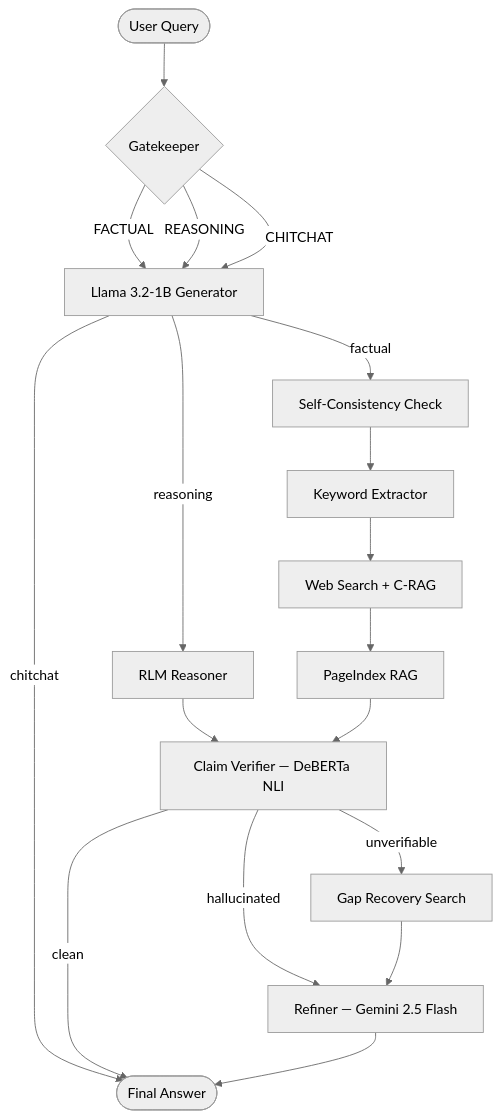
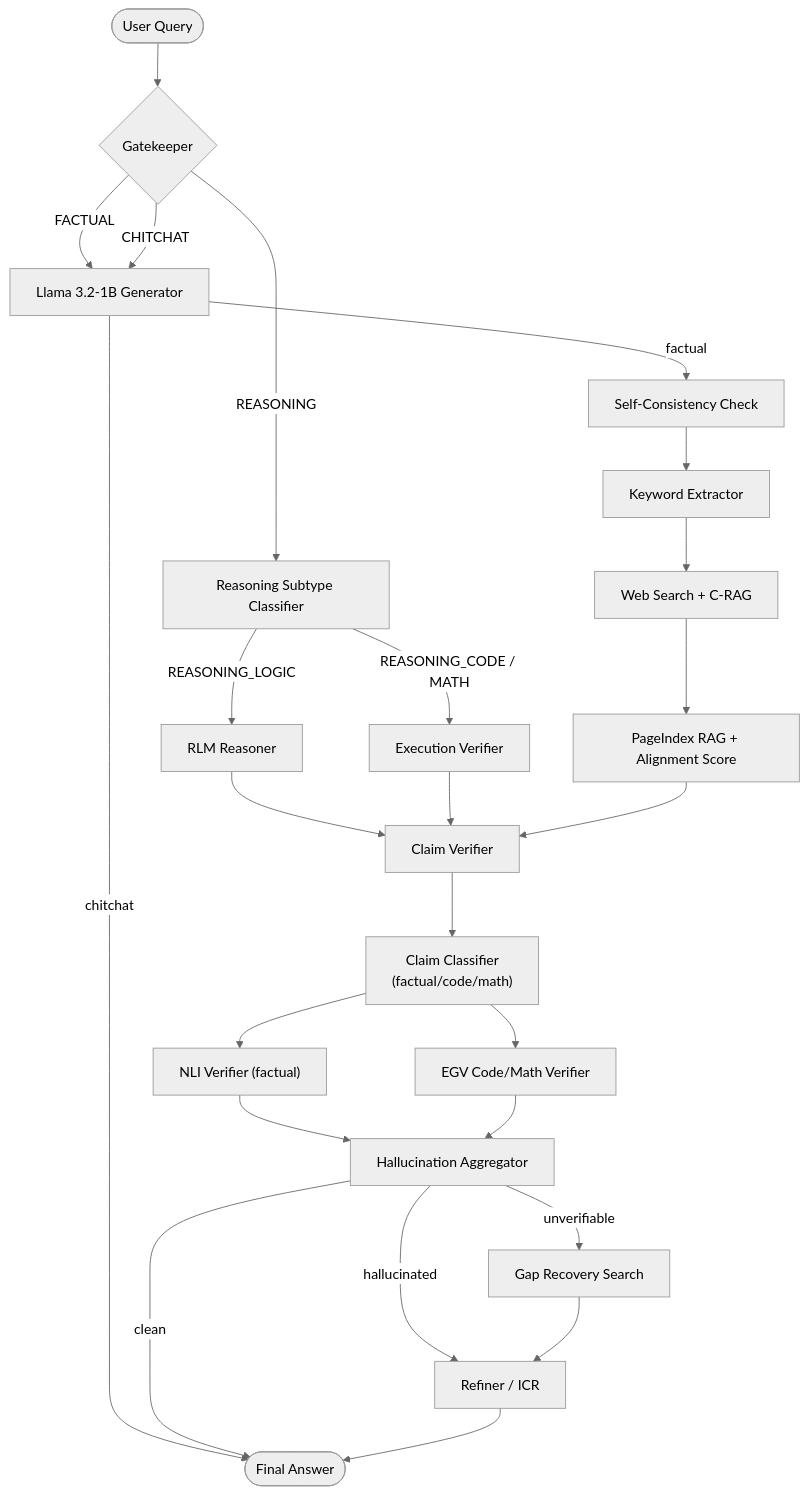
The diagram in README.md (Suhas-123-cell/Hallu-Check), drawn with Mermaid (neutral theme) before and after one commit. The commit also changed other lines of this file, not shown here.

````diff
--- a/README.md
+++ b/README.md
@@ -41,26 +41,34 @@
 ```mermaid
 flowchart TD
     Q(["User Query"]) --> G{"Gatekeeper"}
 
     G -->|FACTUAL| LLM["Llama 3.2-1B Generator"]
-    G -->|REASONING| LLM
+  G -->|REASONING| RS["Reasoning Subtype Classifier"]
     G -->|CHITCHAT| LLM
 
     LLM -->|chitchat| OUT(["Final Answer"])
 
-    LLM -->|reasoning| RLM["RLM Reasoner"]
-    RLM --> NLI
+  RS -->|REASONING_LOGIC| RLM["RLM Reasoner"]
+  RS -->|REASONING_CODE / MATH| EGV["Execution Verifier"]
+  RLM --> CV
+  EGV --> CV
 
     LLM -->|factual| SC["Self-Consistency Check"]
     SC --> KW["Keyword Extractor"]
     KW --> WS["Web Search + C-RAG"]
-    WS --> RAG["PageIndex RAG"]
-    RAG --> NLI["Claim Verifier — DeBERTa NLI"]
+  WS --> RAG["PageIndex RAG + Alignment Score"]
+  RAG --> CV["Claim Verifier"]
 
-    NLI -->|"clean"| OUT
-    NLI -->|"hallucinated"| REF["Refiner — Gemini 2.5 Flash"]
-    NLI -->|"unverifiable"| GAP["Gap Recovery Search"]
+  CV --> CR["Claim Classifier\n(factual/code/math)"]
+  CR --> NLI["NLI Verifier (factual)"]
+  CR --> EGV2["EGV Code/Math Verifier"]
+  NLI --> AGG["Hallucination Aggregator"]
+  EGV2 --> AGG
+
+  AGG -->|"clean"| OUT
+  AGG -->|"hallucinated"| REF["Refiner / ICR"]
+  AGG -->|"unverifiable"| GAP["Gap Recovery Search"]
     GAP --> REF
 
     REF --> OUT
 ```
````
